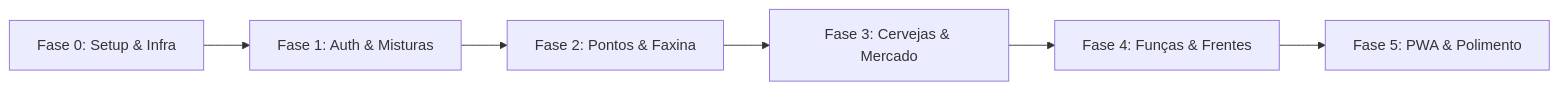
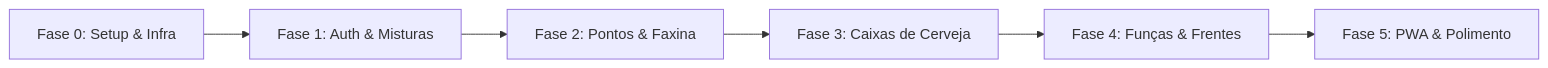
One commit to lucasciosaki/canta-grillo-app changed the third of 3 diagrams in AGY.md. Above: the diagram before and after it, drawn with Mermaid. The commit also changed other lines of this file, not shown here.

Commit message:
docs: move Frente Mercado da Fase 3 para Fase 4 com as demais frentes

````diff
--- a/AGY.md
+++ b/AGY.md
@@ -527,8 +527,8 @@
 ```mermaid
 flowchart LR
     F0["Fase 0: Setup & Infra"] --> F1["Fase 1: Auth & Misturas"]
     F1 --> F2["Fase 2: Pontos & Faxina"]
-    F2 --> F3["Fase 3: Cervejas & Mercado"]
+    F2 --> F3["Fase 3: Caixas de Cerveja"]
     F3 --> F4["Fase 4: Funças & Frentes"]
     F4 --> F5["Fase 5: PWA & Polimento"]
 ```
````
